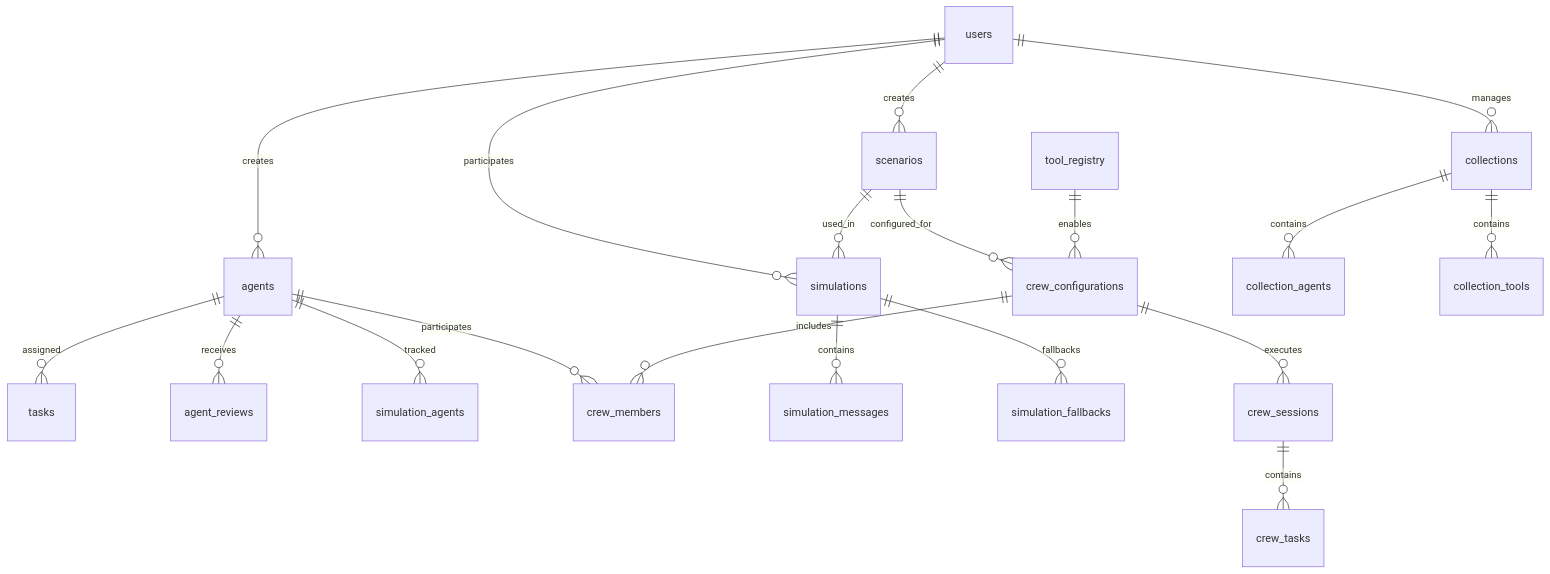
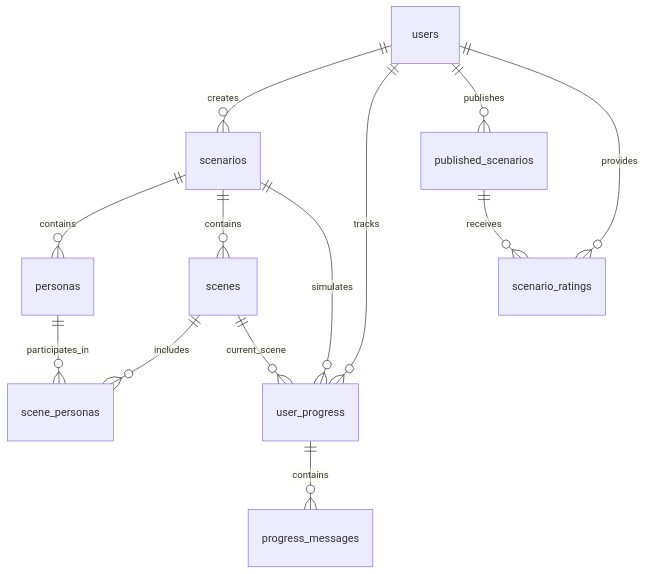
The second of 6 diagrams in backend/docs/architecture/README.md (Sbcoit/forked-ai-agent-education-platform), drawn with Mermaid before and after one commit. The commit also changed other lines of this file and 5 other files, not shown here.

````diff
--- a/backend/docs/architecture/README.md
+++ b/backend/docs/architecture/README.md
@@ -133,27 +135,19 @@
 ```mermaid
 erDiagram
-    users ||--o{ agents : creates
     users ||--o{ scenarios : creates
-    users ||--o{ simulations : participates
-    users ||--o{ collections : manages
+    users ||--o{ user_progress : tracks
+    users ||--o{ published_scenarios : publishes
     
-    agents ||--o{ tasks : assigned
-    agents ||--o{ agent_reviews : receives
-    agents ||--o{ simulation_agents : tracked
-    agents ||--o{ crew_members : participates
+    scenarios ||--o{ personas : contains
+    scenarios ||--o{ scenes : contains
+    scenarios ||--o{ user_progress : simulates
     
-    scenarios ||--o{ simulations : used_in
-    scenarios ||--o{ crew_configurations : configured_for
+    personas ||--o{ scene_personas : participates_in
+    scenes ||--o{ scene_personas : includes
+    scenes ||--o{ user_progress : current_scene
     
-    simulations ||--o{ simulation_messages : contains
-    simulations ||--o{ simulation_fallbacks : fallbacks
+    user_progress ||--o{ progress_messages : contains
     
-    crew_configurations ||--o{ crew_members : includes
-    crew_configurations ||--o{ crew_sessions : executes
-    crew_sessions ||--o{ crew_tasks : contains
-    
-    tool_registry ||--o{ crew_configurations : enables
-    
-    collections ||--o{ collection_agents : contains
-    collections ||--o{ collection_tools : contains
+    published_scenarios ||--o{ scenario_ratings : receives
+    users ||--o{ scenario_ratings : provides
 ```
````
